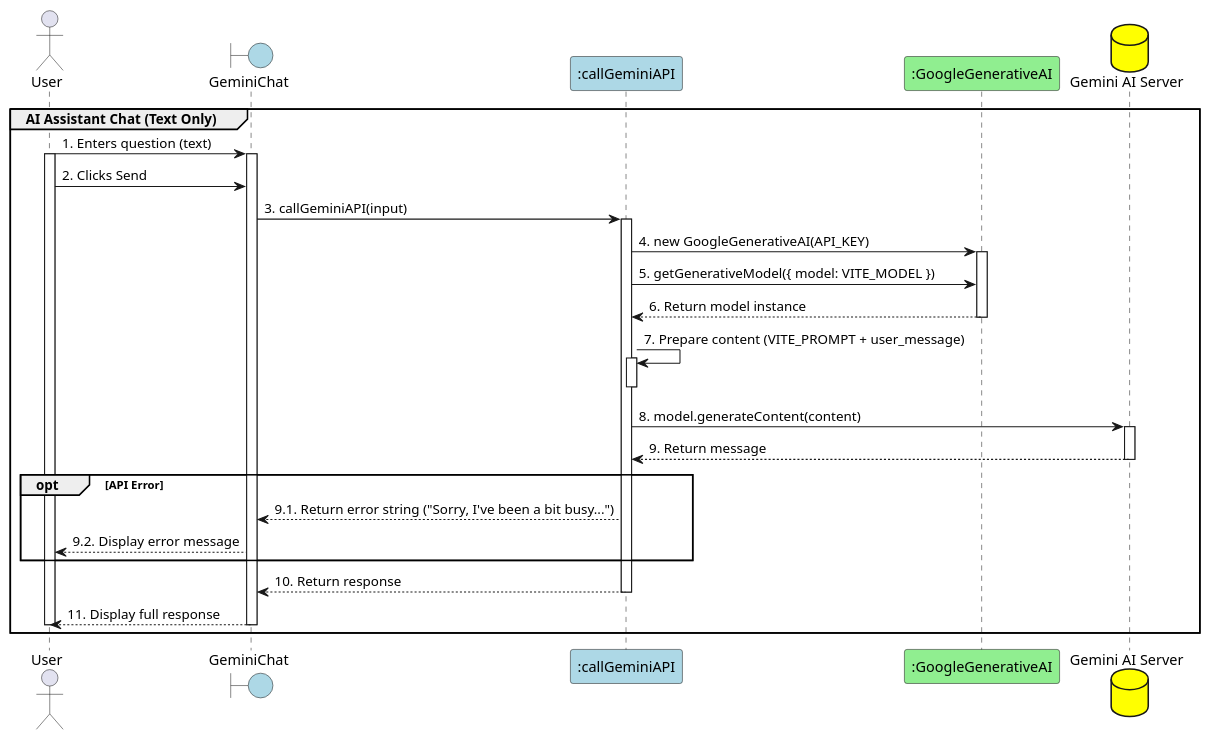
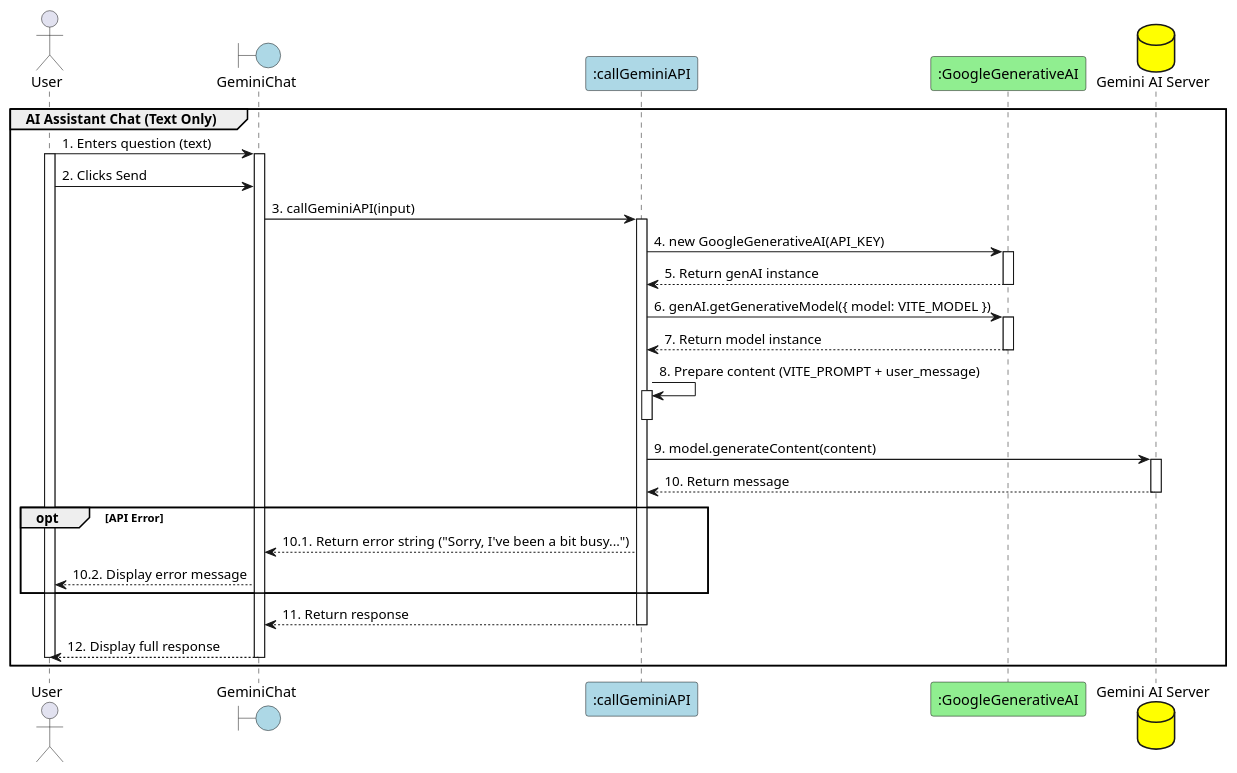
The diagram in PlanUML/new/UC-63_alAssistant.puml (Aohkne/CaloCook), drawn with PlantUML before and after one commit. The commit also changed 1 other file, not shown here.

```diff
--- a/PlanUML/new/UC-63_alAssistant.puml
+++ b/PlanUML/new/UC-63_alAssistant.puml
@@ -1,50 +1,53 @@
 @startuml Get AI Assistant Response
 
 actor User as "User"
 boundary "GeminiChat" as View #lightblue
 participant ":callGeminiAPI" as APIHandler #lightblue
 participant ":GoogleGenerativeAI" as SDK #lightgreen
 database "Gemini AI Server" as GeminiServer #yellow
 
 Group AI Assistant Chat (Text Only)
     User -> View: 1. Enters question (text)
     activate User
     activate View
 
     User -> View: 2. Clicks Send
 
     View -> APIHandler: 3. callGeminiAPI(input)
     activate APIHandler
 
     APIHandler -> SDK: 4. new GoogleGenerativeAI(API_KEY)
     activate SDK
 
-    APIHandler -> SDK: 5. getGenerativeModel({ model: VITE_MODEL })
-
-    SDK --> APIHandler: 6. Return model instance
+    SDK --> APIHandler: 5. Return genAI instance
     deactivate SDK
 
-    APIHandler -> APIHandler: 7. Prepare content (VITE_PROMPT + user_message)
+    APIHandler -> SDK: 6. genAI.getGenerativeModel({ model: VITE_MODEL })
+    activate SDK
+    SDK --> APIHandler: 7. Return model instance
+    deactivate SDK
+
+    APIHandler -> APIHandler: 8. Prepare content (VITE_PROMPT + user_message)
     activate APIHandler
     deactivate APIHandler
 
-    APIHandler -> GeminiServer: 8. model.generateContent(content)
+    APIHandler -> GeminiServer: 9. model.generateContent(content)
     activate GeminiServer
 
-    GeminiServer --> APIHandler: 9. Return message
+    GeminiServer --> APIHandler: 10. Return message
     deactivate GeminiServer
     
     opt API Error
-        APIHandler --> View: 9.1. Return error string ("Sorry, I've been a bit busy...")
-        View --> User: 9.2. Display error message
+        APIHandler --> View: 10.1. Return error string ("Sorry, I've been a bit busy...")
+        View --> User: 10.2. Display error message
     end
     
-    APIHandler --> View: 10. Return response
+    APIHandler --> View: 11. Return response
     deactivate APIHandler
     
-    View --> User: 11. Display full response
+    View --> User: 12. Display full response
     deactivate User
     deactivate View
 
 end
 @enduml
```
